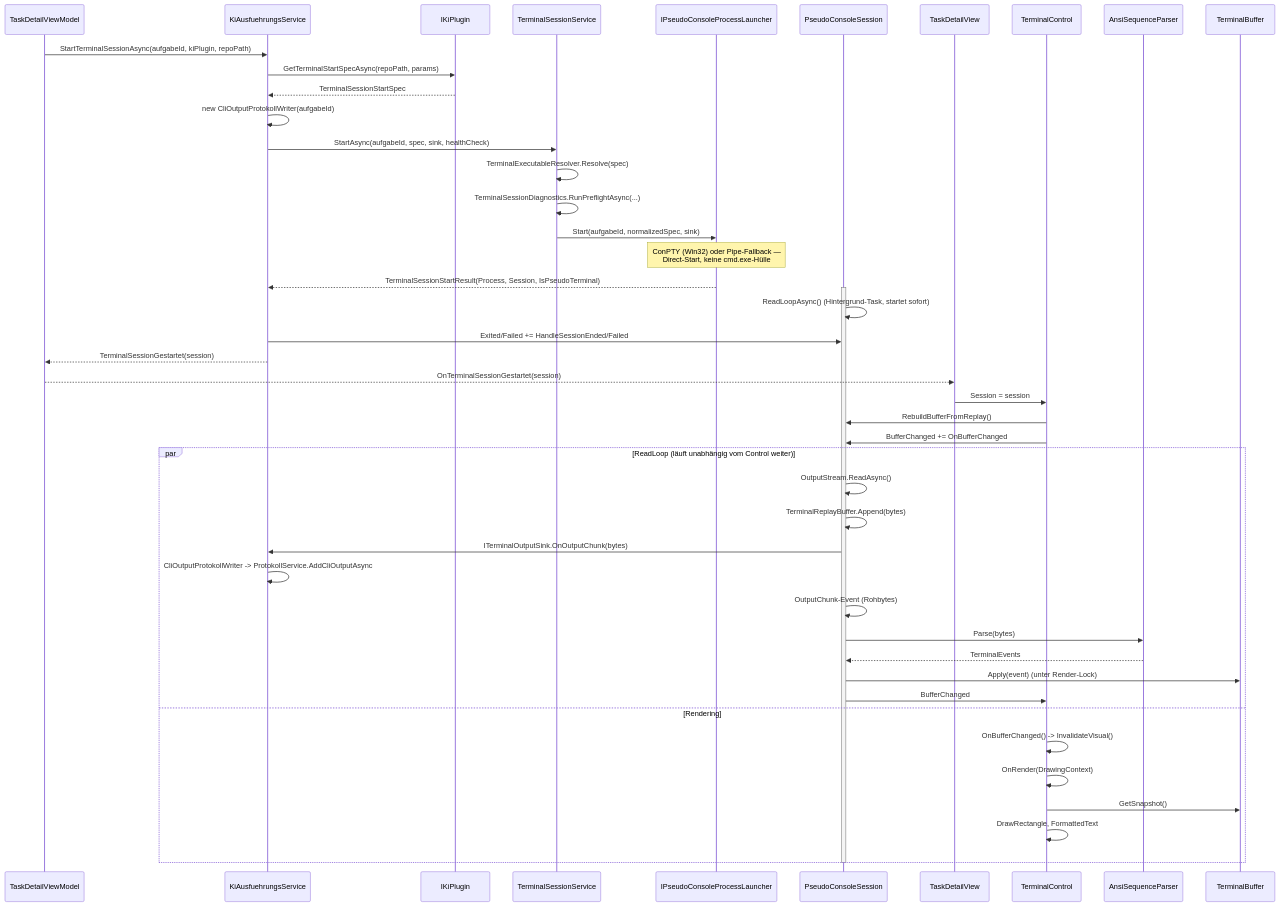
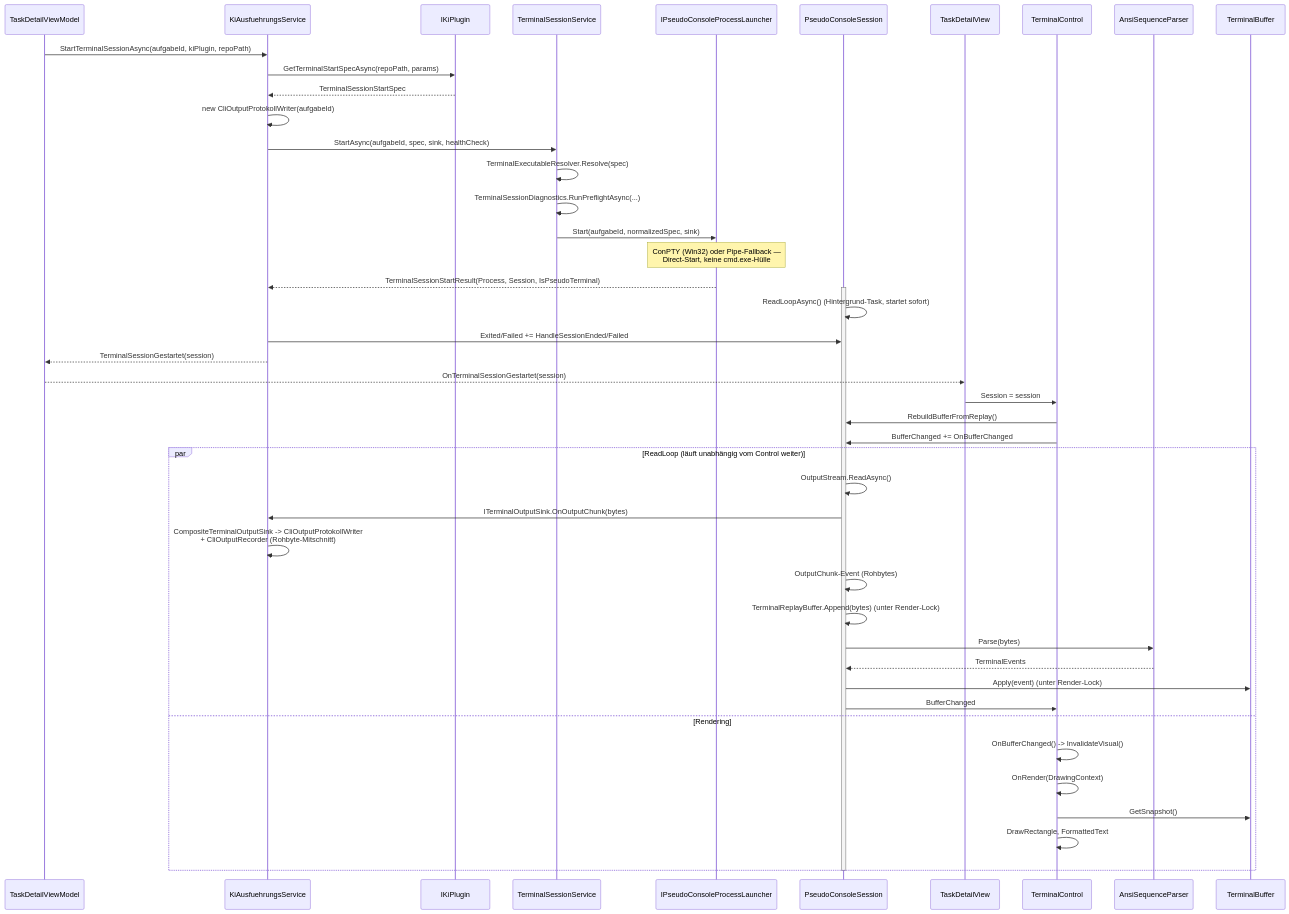
The diagram in docs/help/terminal/ablauf-technisch.md (martin-stromberg/Softwareschmiede), drawn with Mermaid before and after one commit. The commit also changed other lines of this file and 88 other files, not shown here.

Commit message:
feat: Konsolentestfenster fuer CLI-Rohbyte-Replay mit zeitgesteuerter Wiedergabe

````diff
--- a/docs/help/terminal/ablauf-technisch.md
+++ b/docs/help/terminal/ablauf-technisch.md
@@ -272,49 +345,49 @@
 ```mermaid
 sequenceDiagram
     participant VM as TaskDetailViewModel
     participant SVC as KiAusfuehrungsService
     participant PLUGIN as IKiPlugin
     participant FACTORY as TerminalSessionService
     participant LAUNCHER as IPseudoConsoleProcessLauncher
     participant SESSION as PseudoConsoleSession
     participant VIEW as TaskDetailView
     participant CTRL as TerminalControl
     participant PARSER as AnsiSequenceParser
     participant BUF as TerminalBuffer
 
     VM->>SVC: StartTerminalSessionAsync(aufgabeId, kiPlugin, repoPath)
     SVC->>PLUGIN: GetTerminalStartSpecAsync(repoPath, params)
     PLUGIN-->>SVC: TerminalSessionStartSpec
     SVC->>SVC: new CliOutputProtokollWriter(aufgabeId)
     SVC->>FACTORY: StartAsync(aufgabeId, spec, sink, healthCheck)
     FACTORY->>FACTORY: TerminalExecutableResolver.Resolve(spec)
     FACTORY->>FACTORY: TerminalSessionDiagnostics.RunPreflightAsync(...)
     FACTORY->>LAUNCHER: Start(aufgabeId, normalizedSpec, sink)
     Note over LAUNCHER: ConPTY (Win32) oder Pipe-Fallback —<br/>Direct-Start, keine cmd.exe-Hülle
     LAUNCHER-->>SVC: TerminalSessionStartResult(Process, Session, IsPseudoTerminal)
     activate SESSION
     SESSION->>SESSION: ReadLoopAsync() (Hintergrund-Task, startet sofort)
     SVC->>SESSION: Exited/Failed += HandleSessionEnded/Failed
     SVC-->>VM: TerminalSessionGestartet(session)
     VM-->>VIEW: OnTerminalSessionGestartet(session)
     VIEW->>CTRL: Session = session
     CTRL->>SESSION: RebuildBufferFromReplay()
     CTRL->>SESSION: BufferChanged += OnBufferChanged
     par ReadLoop (läuft unabhängig vom Control weiter)
         SESSION->>SESSION: OutputStream.ReadAsync()
-        SESSION->>SESSION: TerminalReplayBuffer.Append(bytes)
         SESSION->>SVC: ITerminalOutputSink.OnOutputChunk(bytes)
-        SVC->>SVC: CliOutputProtokollWriter -> ProtokollService.AddCliOutputAsync
+        SVC->>SVC: CompositeTerminalOutputSink -> CliOutputProtokollWriter<br/>+ CliOutputRecorder (Rohbyte-Mitschnitt)
         SESSION->>SESSION: OutputChunk-Event (Rohbytes)
+        SESSION->>SESSION: TerminalReplayBuffer.Append(bytes) (unter Render-Lock)
         SESSION->>PARSER: Parse(bytes)
         PARSER-->>SESSION: TerminalEvents
         SESSION->>BUF: Apply(event) (unter Render-Lock)
         SESSION->>CTRL: BufferChanged
     and Rendering
         CTRL->>CTRL: OnBufferChanged() -> InvalidateVisual()
         CTRL->>CTRL: OnRender(DrawingContext)
         CTRL->>BUF: GetSnapshot()
         CTRL->>CTRL: DrawRectangle, FormattedText
     end
     deactivate SESSION
 ```
````
